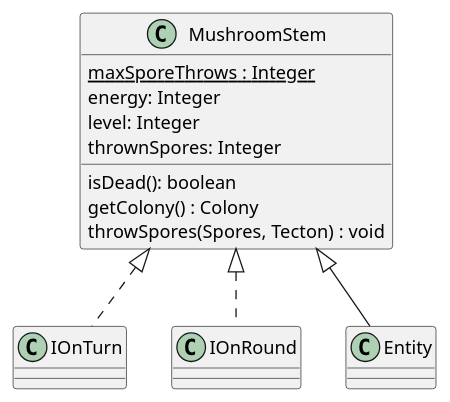
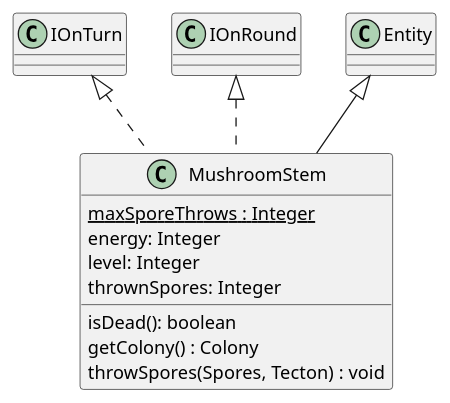
The diagram in 3/classes/mushroomStem.puml (Petya-G/fungorium), drawn with PlantUML before and after one commit. The commit also changed 4 other files, not shown here.

```diff
--- a/3/classes/mushroomStem.puml
+++ b/3/classes/mushroomStem.puml
@@ -1,15 +1,15 @@
 @startuml mushroomStem
 
-MushroomStem <|.. IOnTurn
-MushroomStem <|.. IOnRound
-MushroomStem <|-- Entity
+IOnTurn <|.. MushroomStem
+IOnRound <|.. MushroomStem
+Entity <|-- MushroomStem 
 class MushroomStem{
     {static} maxSporeThrows : Integer
     energy: Integer
     level: Integer
     thrownSpores: Integer
     isDead(): boolean
     getColony() : Colony
     throwSpores(Spores, Tecton) : void
 }
 @enduml
```
